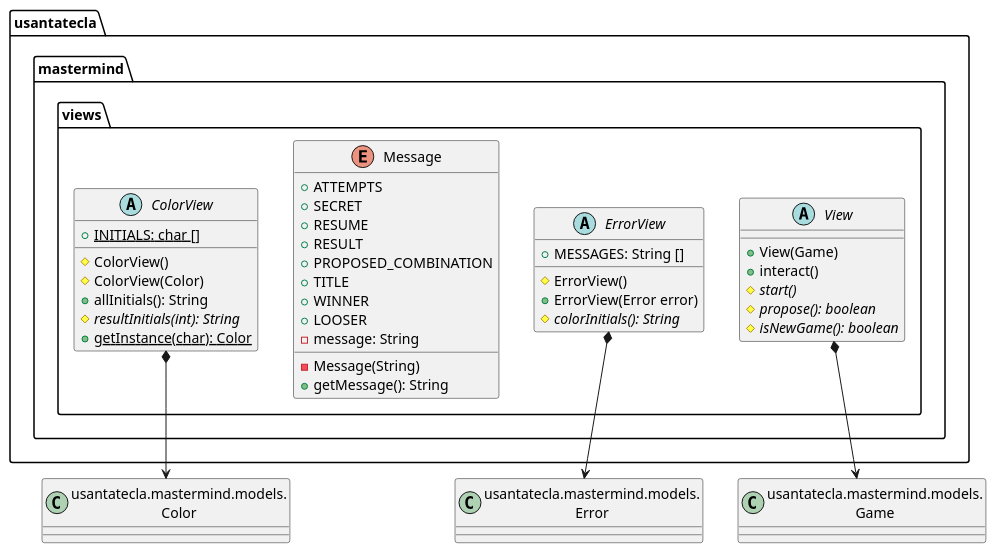
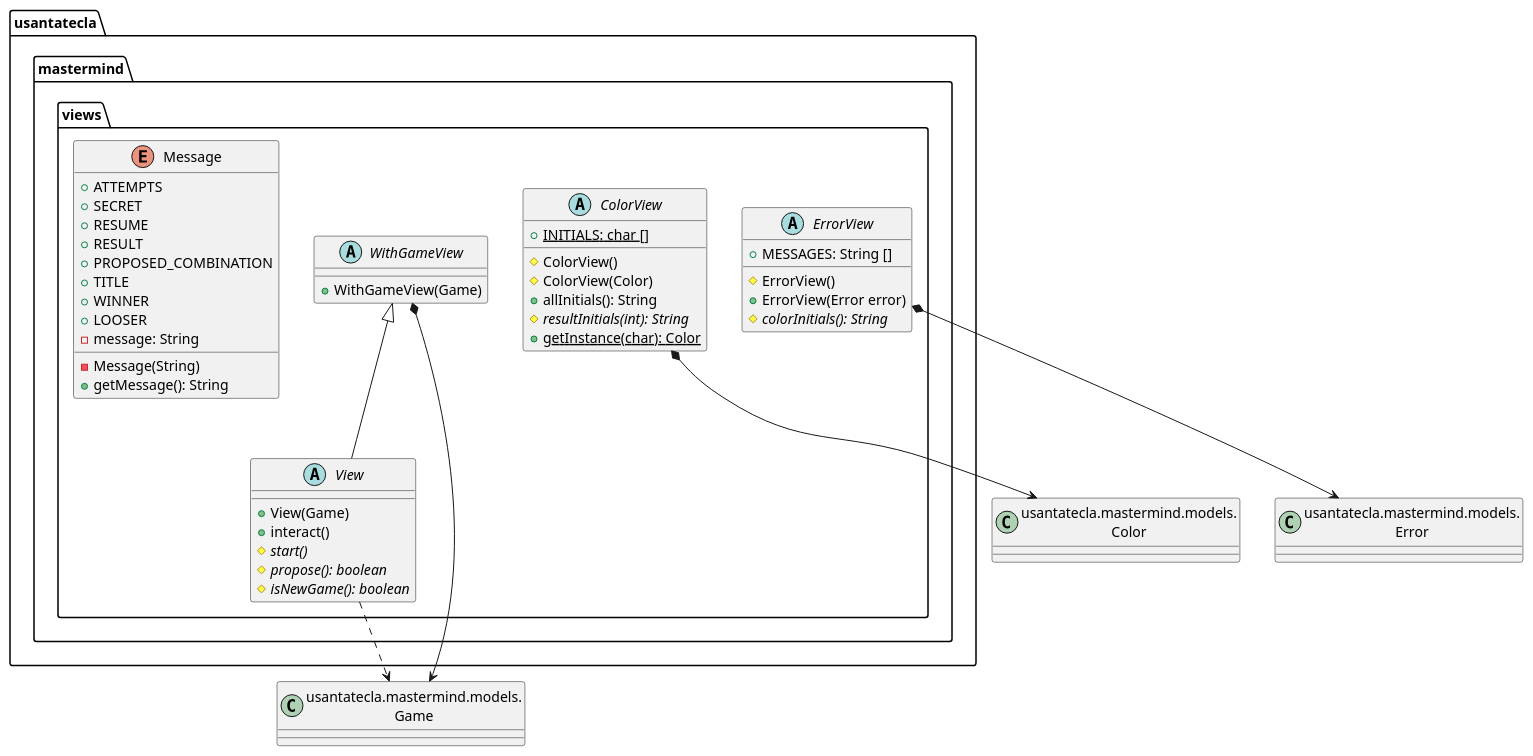
One commit to SantaTecla-mastermind/solution.java.swing.socket.sql changed the second of 6 diagrams in documentView/withoutFactoryMethod/docs/diagrams/src/paquetes.plantuml. Above: the diagram before and after it, drawn with PlantUML. The commit also changed other lines of this file and 60 other files, not shown here.

Commit message:
[dv.withoutFactory] Added WithGameView + review all code, refactor

```diff
--- a/documentView/withoutFactoryMethod/docs/diagrams/src/paquetes.plantuml
+++ b/documentView/withoutFactoryMethod/docs/diagrams/src/paquetes.plantuml
@@ -24,46 +24,52 @@
 @startuml usantatecla.mastermind.views
 class Error as "usantatecla.mastermind.models.\nError"{}
 class Color as "usantatecla.mastermind.models.\nColor"{}
 class Game as "usantatecla.mastermind.models.\nGame"{}
+
+abstract class usantatecla.mastermind.views.WithGameView {
+    + WithGameView(Game)
+}
+usantatecla.mastermind.views.WithGameView *-down-> Game
 
 abstract class usantatecla.mastermind.views.ColorView{
     + {static} INITIALS: char []
     # ColorView()
     # ColorView(Color)
     + allInitials(): String
     # {abstract} resultInitials(int): String
     + {static} getInstance(char): Color
 }
 usantatecla.mastermind.views.ColorView *-down-> Color
 
 abstract class usantatecla.mastermind.views.ErrorView{
     + MESSAGES: String []
     # ErrorView()
     + ErrorView(Error error)
     # {abstract} colorInitials(): String
 }
 usantatecla.mastermind.views.ErrorView *-down-> Error
 
 enum usantatecla.mastermind.views.Message{
     + ATTEMPTS
     + SECRET
     + RESUME
     + RESULT
     + PROPOSED_COMBINATION
     + TITLE
     + WINNER
     + LOOSER
     - message: String
     - Message(String)
     + getMessage(): String
 }
 
 abstract class usantatecla.mastermind.views.View {
     + View(Game)
     + interact()
     # {abstract} start()
     # {abstract} propose(): boolean
     # {abstract} isNewGame(): boolean
 }
-usantatecla.mastermind.views.View *-down-> Game
+usantatecla.mastermind.views.View -up-|> usantatecla.mastermind.views.WithGameView
+usantatecla.mastermind.views.View .down.> Game
 @enduml
```
